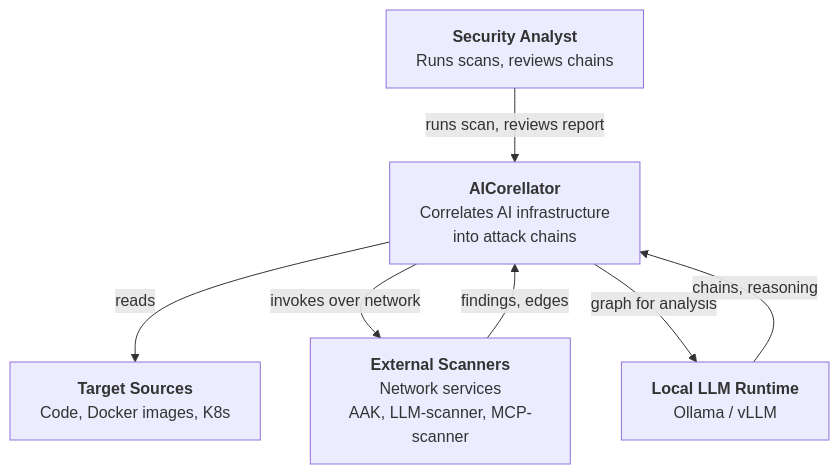
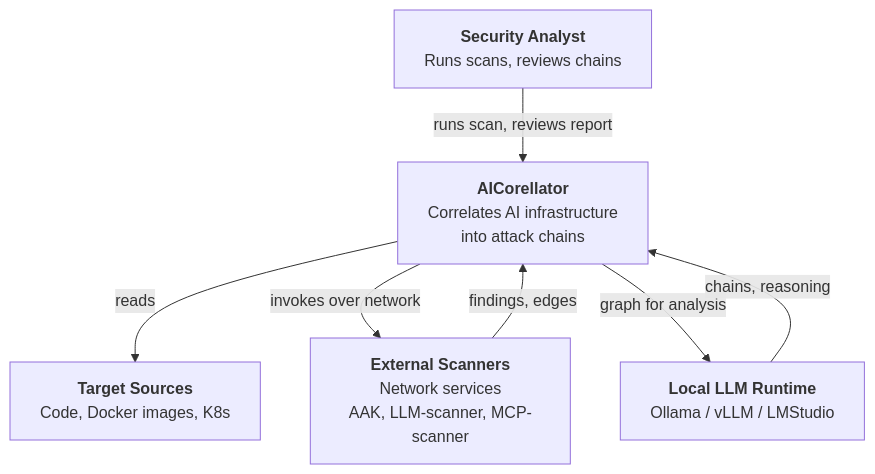
One commit to Malinowiy/AICorellator changed the diagram in Documentation/Architecture/C4_L1_System_Context.md. Above: the diagram before and after it, drawn with Mermaid. The commit also changed 8 other files, not shown here.

Commit message:
Architecture review leads to fixes.

````diff
--- a/Documentation/Architecture/C4_L1_System_Context.md
+++ b/Documentation/Architecture/C4_L1_System_Context.md
@@ -9,15 +9,15 @@
 ```mermaid
 flowchart TB
     USER["<b>Security Analyst</b><br/>Runs scans, reviews chains"]
     AICO["<b>AICorellator</b><br/>Correlates AI infrastructure<br/>into attack chains"]
-    LLM["<b>Local LLM Runtime</b><br/>Ollama / vLLM"]
+    LLM["<b>Local LLM Runtime</b><br/>Ollama / vLLM / LMStudio"]
     SRC["<b>Target Sources</b><br/>Code, Docker images, K8s"]
     SCAN["<b>External Scanners</b><br/>Network services<br/>AAK, LLM-scanner, MCP-scanner"]
 
     USER -->|runs scan, reviews report| AICO
     AICO -->|reads| SRC
     AICO -->|invokes over network| SCAN
     SCAN -->|findings, edges| AICO
     AICO -->|graph for analysis| LLM
     LLM -->|chains, reasoning| AICO
 ```
````
